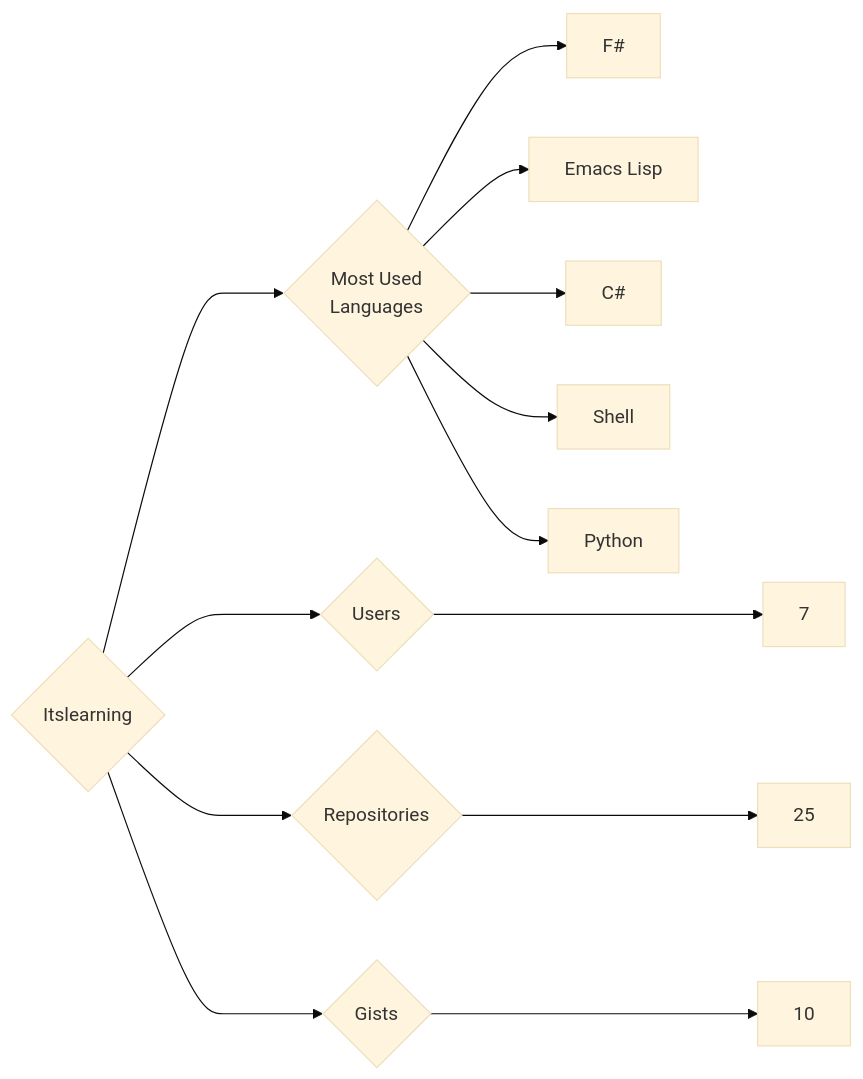
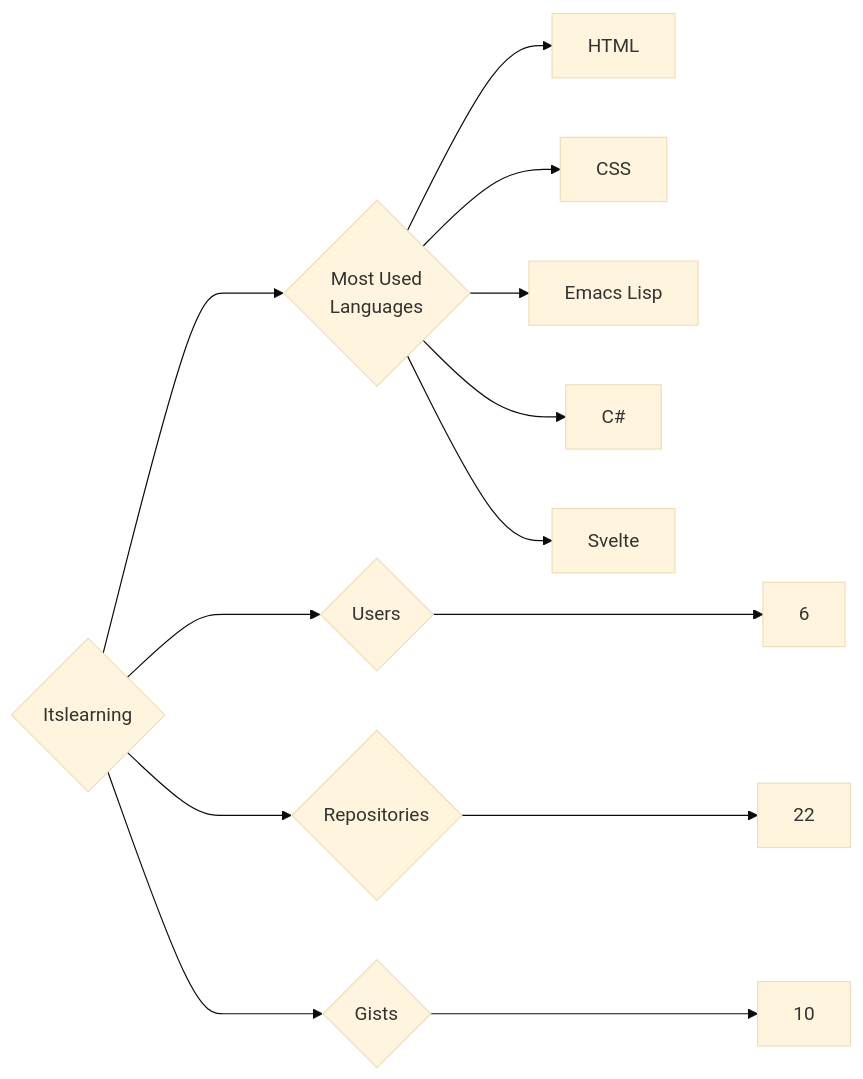
Before and after one commit to trickest/insiders: the diagram in targets/Itslearning/README.md, drawn with Mermaid (base theme). The commit also changed 786 other files, not shown here.

````diff
--- a/targets/Itslearning/README.md
+++ b/targets/Itslearning/README.md
@@ -3,13 +3,13 @@
 ```mermaid
 graph LR
 COMPANY_NAME{Itslearning}
-COMPANY_NAME ---> U{Users} ---> UN[7]
-COMPANY_NAME ---> R{Repositories} ---> RN[25]
+COMPANY_NAME ---> U{Users} ---> UN[6]
+COMPANY_NAME ---> R{Repositories} ---> RN[22]
 COMPANY_NAME ---> G{Gists} ---> GN[10]
 COMPANY_NAME ---> ML{Most Used<br>Languages}
-ML --> F#[F#]
+ML --> HTML[HTML]
+ML --> CSS[CSS]
 ML --> Emacs_Lisp[Emacs Lisp]
 ML --> C#[C#]
-ML --> Shell[Shell]
-ML --> Python[Python]
+ML --> Svelte[Svelte]
 ```
````
